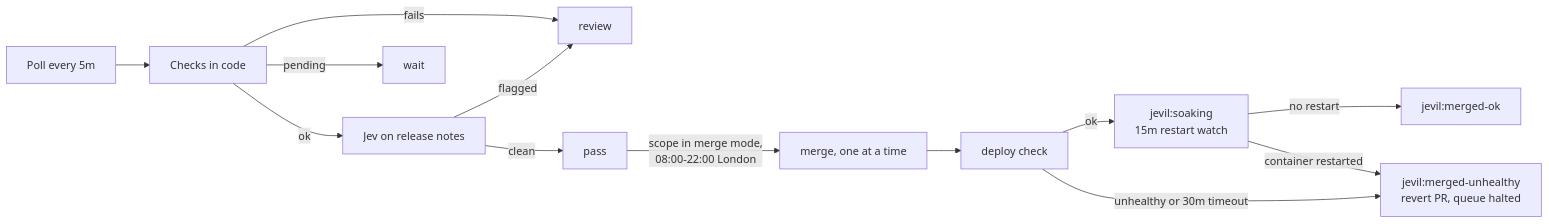
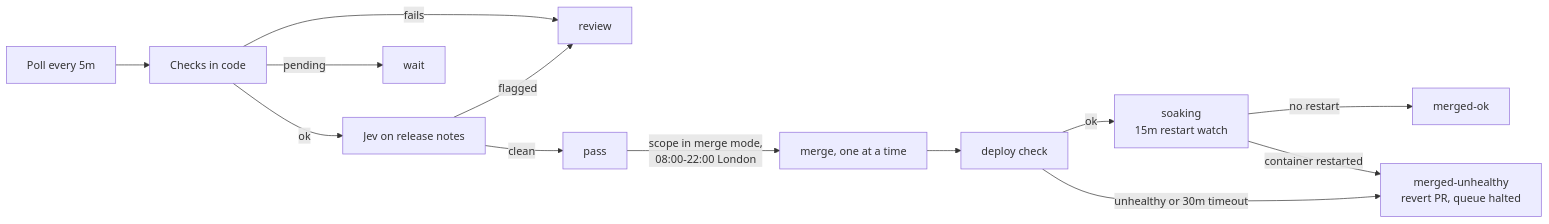
The diagram in docs/jevil.md (member87/home-ops), drawn with Mermaid before and after one commit. The commit also changed other lines of this file and 5 other files, not shown here.

````diff
--- a/docs/jevil.md
+++ b/docs/jevil.md
@@ -185,15 +185,15 @@
 ```mermaid
 flowchart LR
   P[Poll every 5m] --> D[Checks in code]
   D -->|fails| R[review]
   D -->|pending| W[wait]
   D -->|ok| J[Jev on release notes]
   J -->|flagged| R
   J -->|clean| S[pass]
   S -->|scope in merge mode,<br/>08:00-22:00 London| M[merge, one at a time]
   M --> V[deploy check]
-  V -->|ok| SK[jevil:soaking<br/>15m restart watch]
-  SK -->|no restart| OK[jevil:merged-ok]
-  V -->|unhealthy or 30m timeout| H[jevil:merged-unhealthy<br/>revert PR, queue halted]
+  V -->|ok| SK[soaking<br/>15m restart watch]
+  SK -->|no restart| OK[merged-ok]
+  V -->|unhealthy or 30m timeout| H[merged-unhealthy<br/>revert PR, queue halted]
   SK -->|container restarted| H
 ```
````
